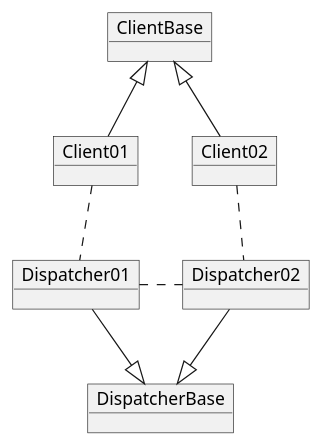
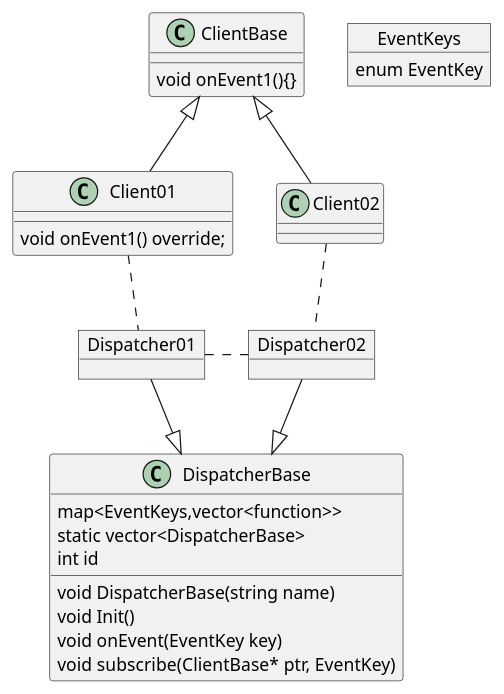
One commit to coderKillo/eventsystem changed the diagram in note/graphen.md. Above: the diagram before and after it, drawn with PlantUML. The commit also changed other lines of this file, not shown here.

Commit message:
update graphic

````diff
--- a/note/graphen.md
+++ b/note/graphen.md
@@ -6,31 +6,39 @@
 ```puml
 @startuml
-object Client01{
-    
+class Client01{
+    void onEvent1() override; 
 }
-object Client02{
+class Client02{
 
 }
-object ClientBase{
+class ClientBase{
+    void onEvent1(){}
+}
+Object Dispatcher01{
+}
+Object Dispatcher02{
 
 }
-object Dispatcher01{
-
+class DispatcherBase{
+    map<EventKeys,vector<function>>
+    static vector<DispatcherBase> 
+    int id
+    void DispatcherBase(string name)
+    void Init()
+    void onEvent(EventKey key)
+    void subscribe(ClientBase* ptr, EventKey)
 }
-object Dispatcher02{
-
-}
-object DispatcherBase{
-    
+object EventKeys{
+    enum EventKey
 }
 
 Client01 -up-|> ClientBase
 Dispatcher01 -down-|> DispatcherBase
 Dispatcher02 -down-|> DispatcherBase
 Client02 -up-|> ClientBase
 Client01 .down. Dispatcher01
 Dispatcher01 .right. Dispatcher02
 Dispatcher02 .up. Client02
 
 @enduml
 ```
````
